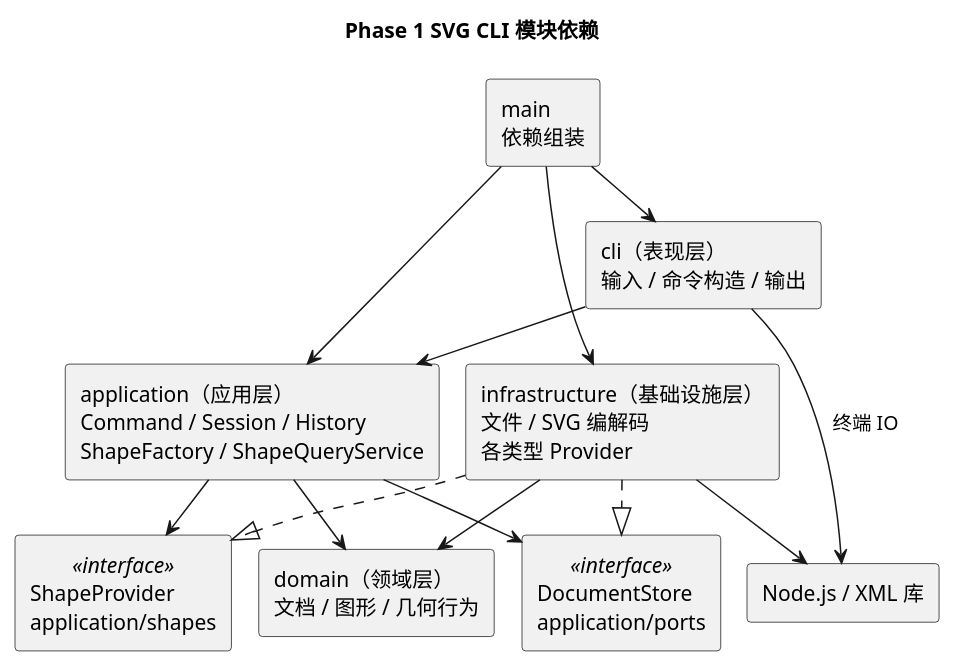
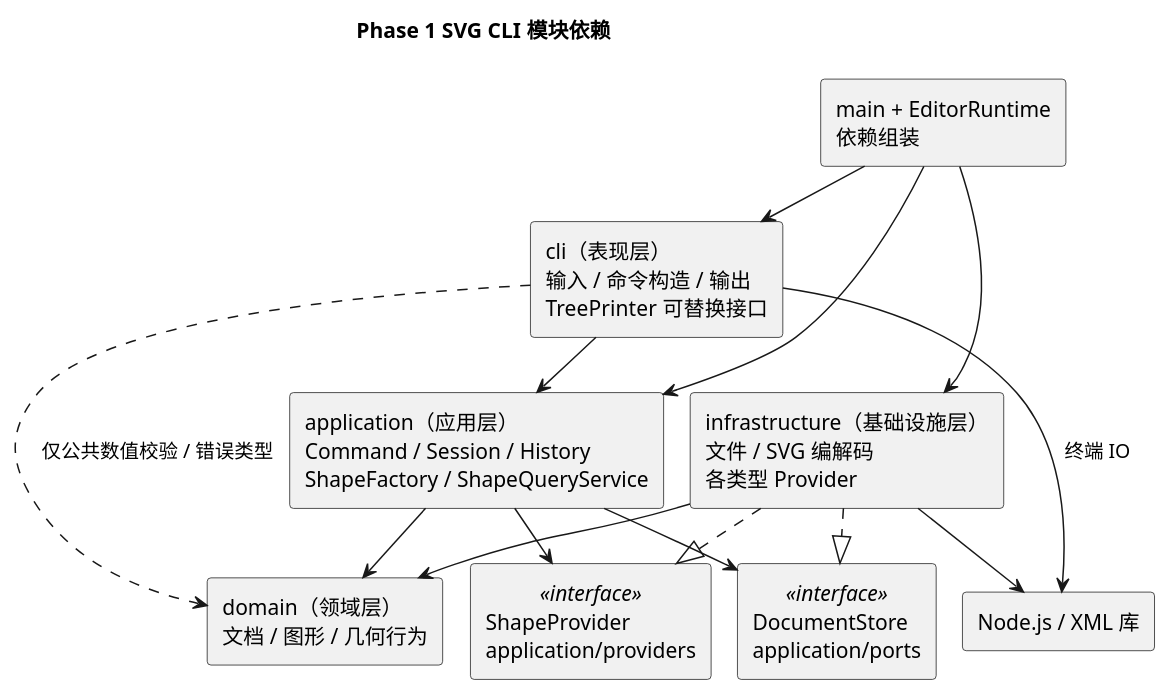
Before and after one commit to xinyue-huang0710/2026software-design-pj_hxy: the diagram in doc/diagrams/architecture.puml, drawn with PlantUML. The commit also changed 14 other files, not shown here.

Commit message:
docs: complete architecture audit and phase one delivery guide

```diff
--- a/doc/diagrams/architecture.puml
+++ b/doc/diagrams/architecture.puml
@@ -1,27 +1,28 @@
 @startuml
 !pragma layout smetana
 skinparam defaultFontName Microsoft YaHei
 skinparam backgroundColor white
 title Phase 1 SVG CLI 模块依赖
 skinparam componentStyle rectangle
-component "main\n依赖组装" as Main
-component "cli（表现层）\n输入 / 命令构造 / 输出" as CLI
+component "main + EditorRuntime\n依赖组装" as Main
+component "cli（表现层）\n输入 / 命令构造 / 输出\nTreePrinter 可替换接口" as CLI
 component "application（应用层）\nCommand / Session / History\nShapeFactory / ShapeQueryService" as App
 component "DocumentStore\napplication/ports" as Store <<interface>>
 component "domain（领域层）\n文档 / 图形 / 几何行为" as Domain
 component "infrastructure（基础设施层）\n文件 / SVG 编解码\n各类型 Provider" as Infra
-component "ShapeProvider\napplication/shapes" as Provider <<interface>>
+component "ShapeProvider\napplication/providers" as Provider <<interface>>
 component "Node.js / XML 库" as Runtime
 Main --> CLI
 Main --> App
 Main --> Infra
 CLI --> App
+CLI ..> Domain : 仅公共数值校验 / 错误类型
 App --> Domain
 App --> Store
 App --> Provider
 Infra ..|> Store
 Infra ..|> Provider
 Infra --> Domain
 Infra --> Runtime
 CLI --> Runtime : 终端 IO
 @enduml
```
